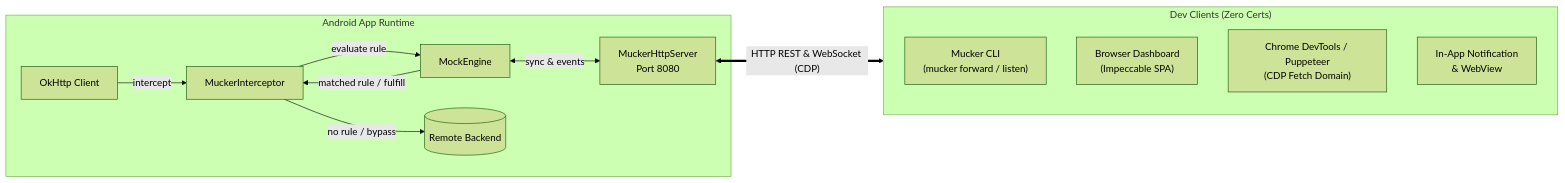
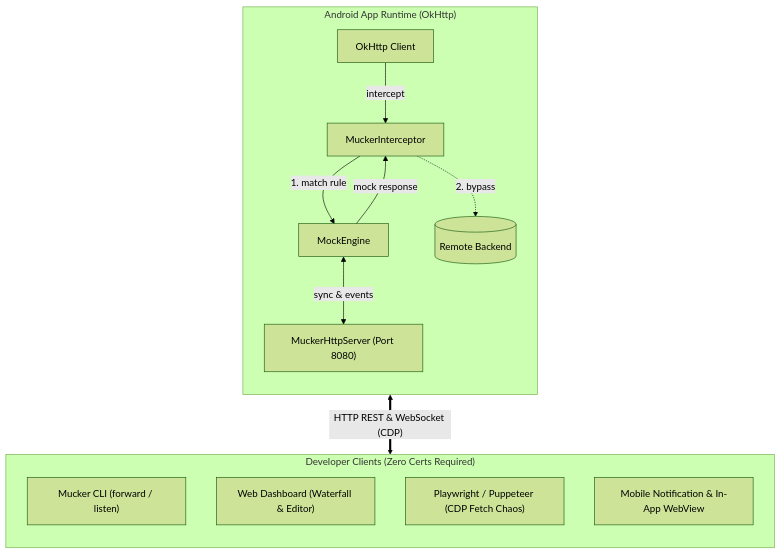
The diagram in docs/index.md (yongjhih/mucker), drawn with Mermaid (forest theme) before and after one commit. The commit also changed 1 other file, not shown here.

Commit message:
fix(docs): resolve homepage End-to-End Workflow mermaid diagram rendering

````diff
--- a/docs/index.md
+++ b/docs/index.md
@@ -243,19 +242,21 @@
-```mermaid
-flowchart LR
-    subgraph AndroidApp["Android App Runtime"]
-        OK[OkHttp Client] -->|intercept| MI[MuckerInterceptor]
-        MI -->|evaluate rule| ME[MockEngine]
-        ME -->|matched rule / fulfill| MI
-        MI -->|no rule / bypass| RemoteAPI[(Remote Backend)]
-        ME <-->|sync & events| MS[MuckerHttpServer<br>Port 8080]
+  <div class="mermaid">
+flowchart TD
+    subgraph AndroidApp["Android App Runtime (OkHttp)"]
+        direction TB
+        OK["OkHttp Client"] -->|intercept| MI["MuckerInterceptor"]
+        MI -->|1. match rule| ME["MockEngine"]
+        ME -->|mock response| MI
+        MI -.->|2. bypass| RemoteAPI[("Remote Backend")]
+        ME <-->|sync & events| MS["MuckerHttpServer (Port 8080)"]
     end
 
-    subgraph Clients["Dev Clients (Zero Certs)"]
-        CLI["Mucker CLI<br>(mucker forward / listen)"]
-        SPA["Browser Dashboard<br>(Impeccable SPA)"]
-        CDP["Chrome DevTools / Puppeteer<br>(CDP Fetch Domain)"]
-        InApp["In-App Notification<br>& WebView"]
+    subgraph Clients["Developer Clients (Zero Certs Required)"]
+        direction TB
+        CLI["Mucker CLI (forward / listen)"]
+        SPA["Web Dashboard (Waterfall & Editor)"]
+        CDP["Playwright / Puppeteer (CDP Fetch Chaos)"]
+        InApp["Mobile Notification & In-App WebView"]
     end
 
     MS <== "HTTP REST & WebSocket (CDP)" ==> Clients
-```
+  </div>
````
